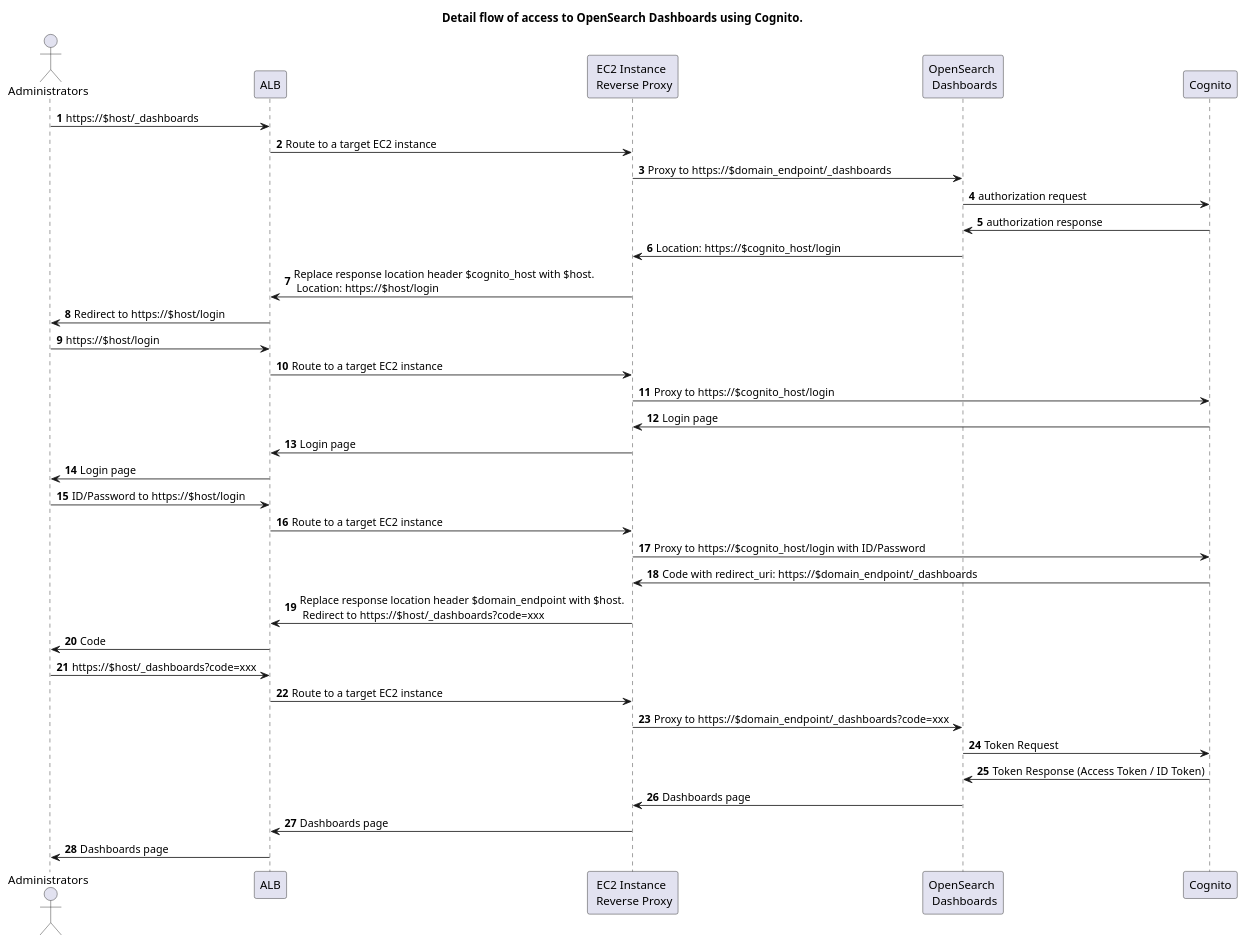
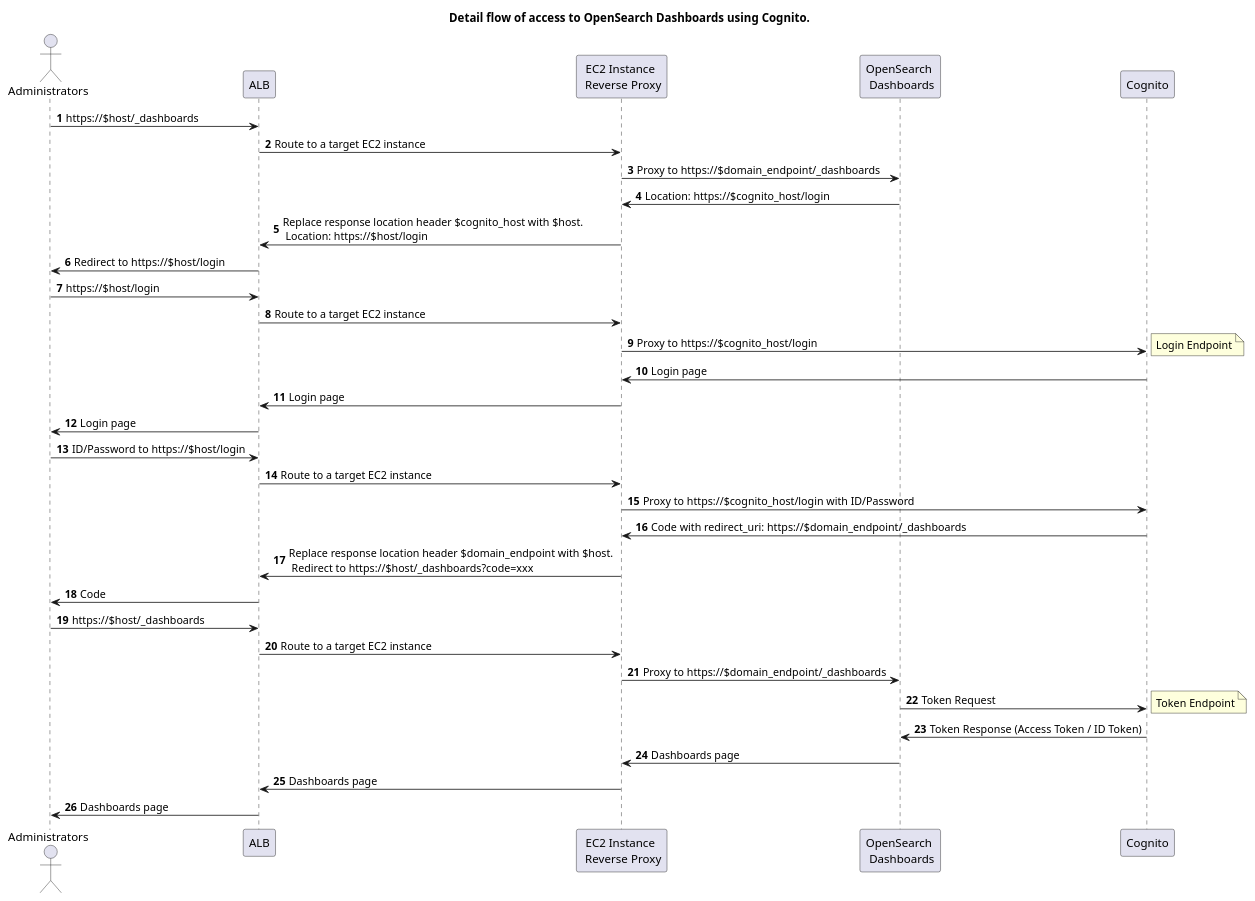
One commit to kooooichi24/opensearch-training changed the diagram in assets/sample.pu. Above: the diagram before and after it, drawn with PlantUML.

Commit message:
docs: fix sequence flow

```diff
--- a/assets/sample.pu
+++ b/assets/sample.pu
@@ -1,43 +1,47 @@
 @startuml
 
 title Detail flow of access to OpenSearch Dashboards using Cognito.
 
 autonumber
 actor Administrators
 participant ALB
 participant "EC2 Instance \n Reverse Proxy" as EC2
 participant "OpenSearch \n Dashboards" as Dashboards
 participant Cognito
 
 Administrators -> ALB : https://$host/_dashboards
 ALB -> EC2 : Route to a target EC2 instance
 EC2 -> Dashboards : Proxy to https://$domain_endpoint/_dashboards
-Dashboards -> Cognito : authorization request
-Cognito -> Dashboards : authorization response
 Dashboards -> EC2 : Location: https://$cognito_host/login
 EC2 -> ALB : Replace response location header $cognito_host with $host. \n Location: https://$host/login
 ALB -> Administrators : Redirect to https://$host/login
 
 Administrators -> ALB : https://$host/login
 ALB -> EC2 : Route to a target EC2 instance
 EC2 -> Cognito : Proxy to https://$cognito_host/login
+note right
+  Login Endpoint
+end note
 Cognito -> EC2 : Login page
 EC2 -> ALB : Login page
 ALB -> Administrators : Login page
 
 Administrators -> ALB : ID/Password to https://$host/login
 ALB -> EC2 : Route to a target EC2 instance
 EC2 -> Cognito : Proxy to https://$cognito_host/login with ID/Password
 Cognito -> EC2 : Code with redirect_uri: https://$domain_endpoint/_dashboards
 EC2 -> ALB : Replace response location header $domain_endpoint with $host. \n Redirect to https://$host/_dashboards?code=xxx
 ALB -> Administrators : Code
 
-Administrators -> ALB : https://$host/_dashboards?code=xxx
+Administrators -> ALB : https://$host/_dashboards
 ALB -> EC2 : Route to a target EC2 instance
-EC2 -> Dashboards : Proxy to https://$domain_endpoint/_dashboards?code=xxx
+EC2 -> Dashboards : Proxy to https://$domain_endpoint/_dashboards
 Dashboards -> Cognito : Token Request
+note right
+  Token Endpoint
+end note
 Cognito -> Dashboards : Token Response (Access Token / ID Token)
 Dashboards -> EC2 : Dashboards page
 EC2 -> ALB : Dashboards page
 ALB -> Administrators : Dashboards page
 @enduml
```
